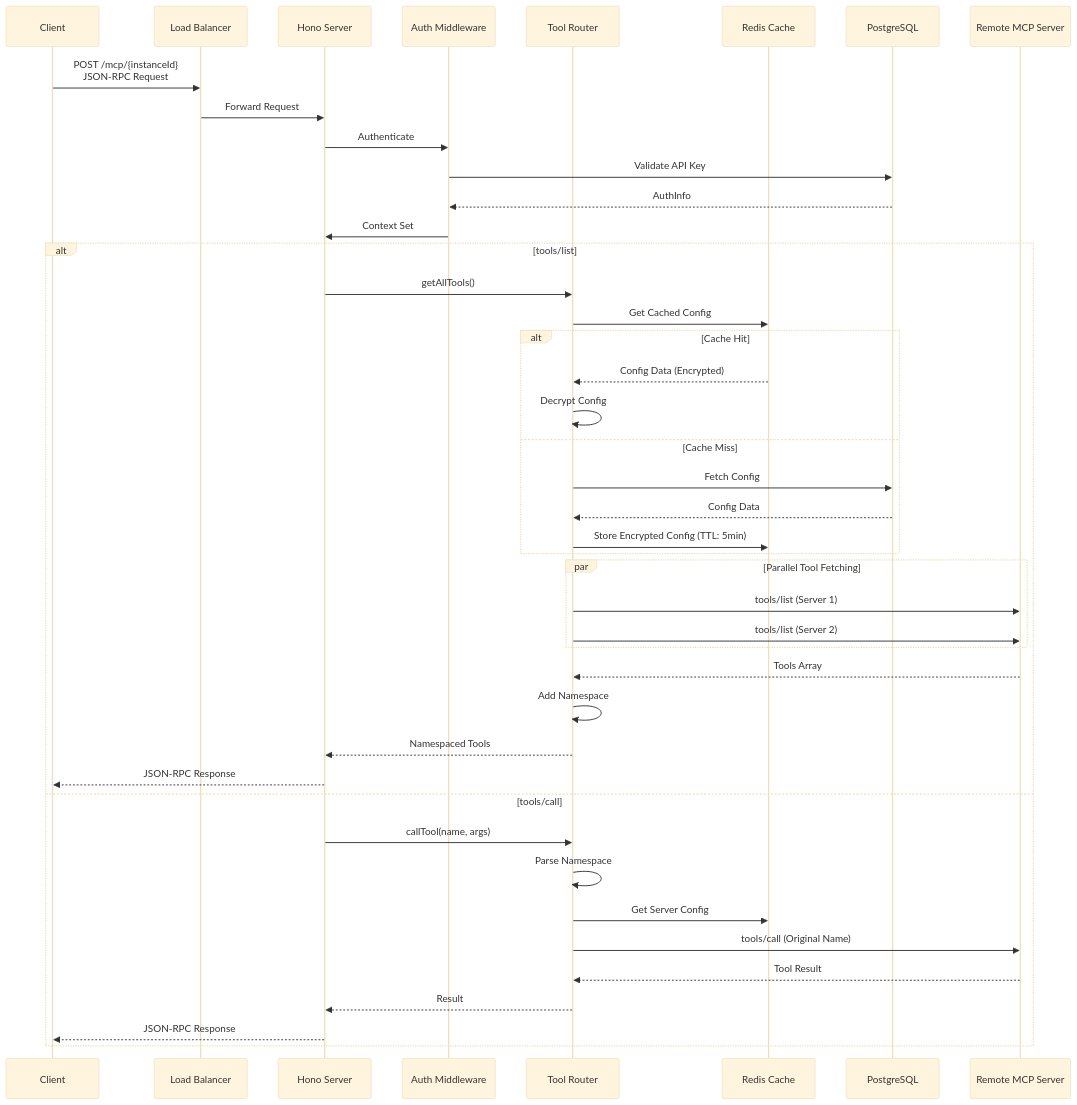
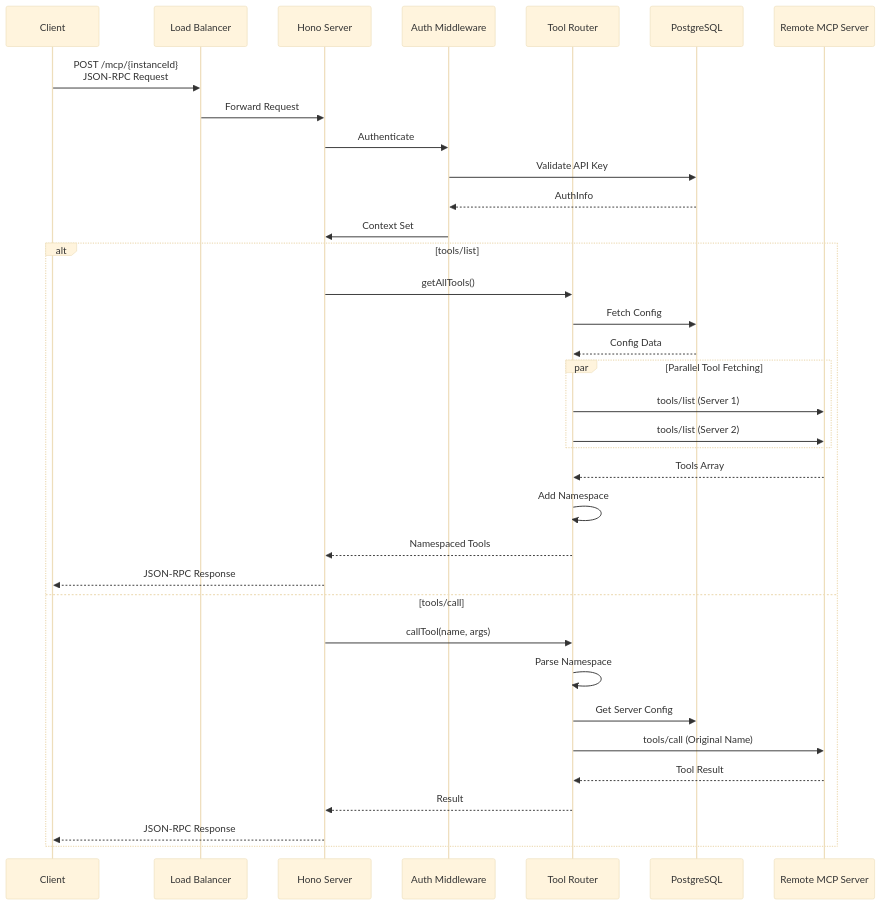
One commit to rayven122/tumiki changed the second of 2 diagrams in apps/mcp-proxy/ARCHITECTURE.md. Above: the diagram before and after it, drawn with Mermaid. The commit also changed other lines of this file and 1 other file, not shown here.

Commit message:
docs(mcp-proxy): align README and architecture with current implementation

````diff
--- a/apps/mcp-proxy/ARCHITECTURE.md
+++ b/apps/mcp-proxy/ARCHITECTURE.md
@@ -169,51 +163,43 @@
 ```mermaid
 %%{init: {'theme':'base'}}%%
 sequenceDiagram
     participant C as Client
     participant LB as Load Balancer
     participant H as Hono Server
     participant A as Auth Middleware
     participant R as Tool Router
-    participant Cache as Redis Cache
     participant DB as PostgreSQL
     participant MCP as Remote MCP Server
 
     C->>LB: POST /mcp/{instanceId}<br/>JSON-RPC Request
     LB->>H: Forward Request
     H->>A: Authenticate
     A->>DB: Validate API Key
     DB-->>A: AuthInfo
     A->>H: Context Set
 
     alt tools/list
         H->>R: getAllTools()
-        R->>Cache: Get Cached Config
-        alt Cache Hit
-            Cache-->>R: Config Data (Encrypted)
-            R->>R: Decrypt Config
-        else Cache Miss
-            R->>DB: Fetch Config
-            DB-->>R: Config Data
-            R->>Cache: Store Encrypted Config (TTL: 5min)
-        end
+        R->>DB: Fetch Config
+        DB-->>R: Config Data
 
         par Parallel Tool Fetching
             R->>MCP: tools/list (Server 1)
             R->>MCP: tools/list (Server 2)
         end
 
         MCP-->>R: Tools Array
         R->>R: Add Namespace
         R-->>H: Namespaced Tools
         H-->>C: JSON-RPC Response
 
     else tools/call
         H->>R: callTool(name, args)
         R->>R: Parse Namespace
-        R->>Cache: Get Server Config
+        R->>DB: Get Server Config
         R->>MCP: tools/call (Original Name)
         MCP-->>R: Tool Result
         R-->>H: Result
         H-->>C: JSON-RPC Response
     end
 ```
````
